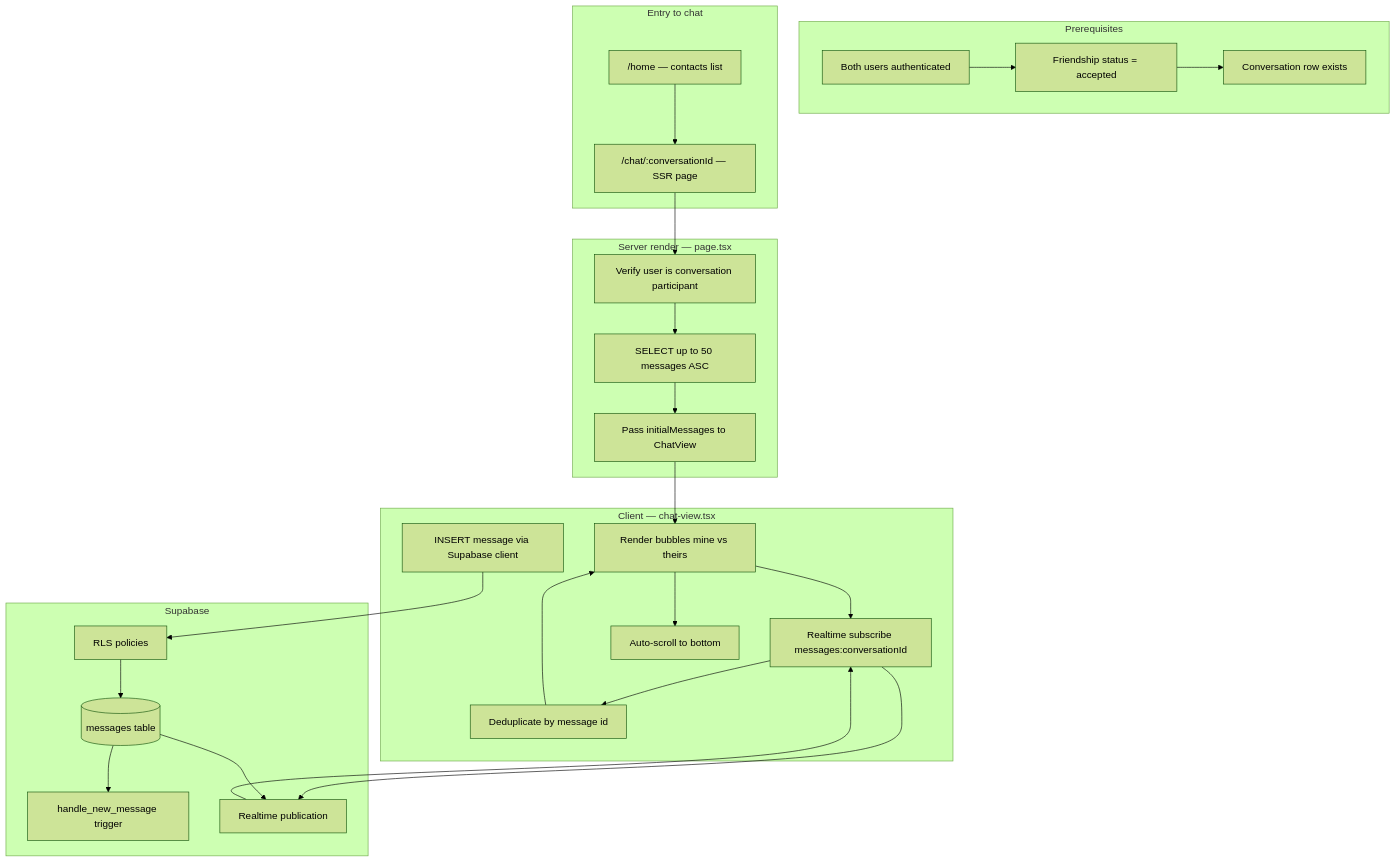
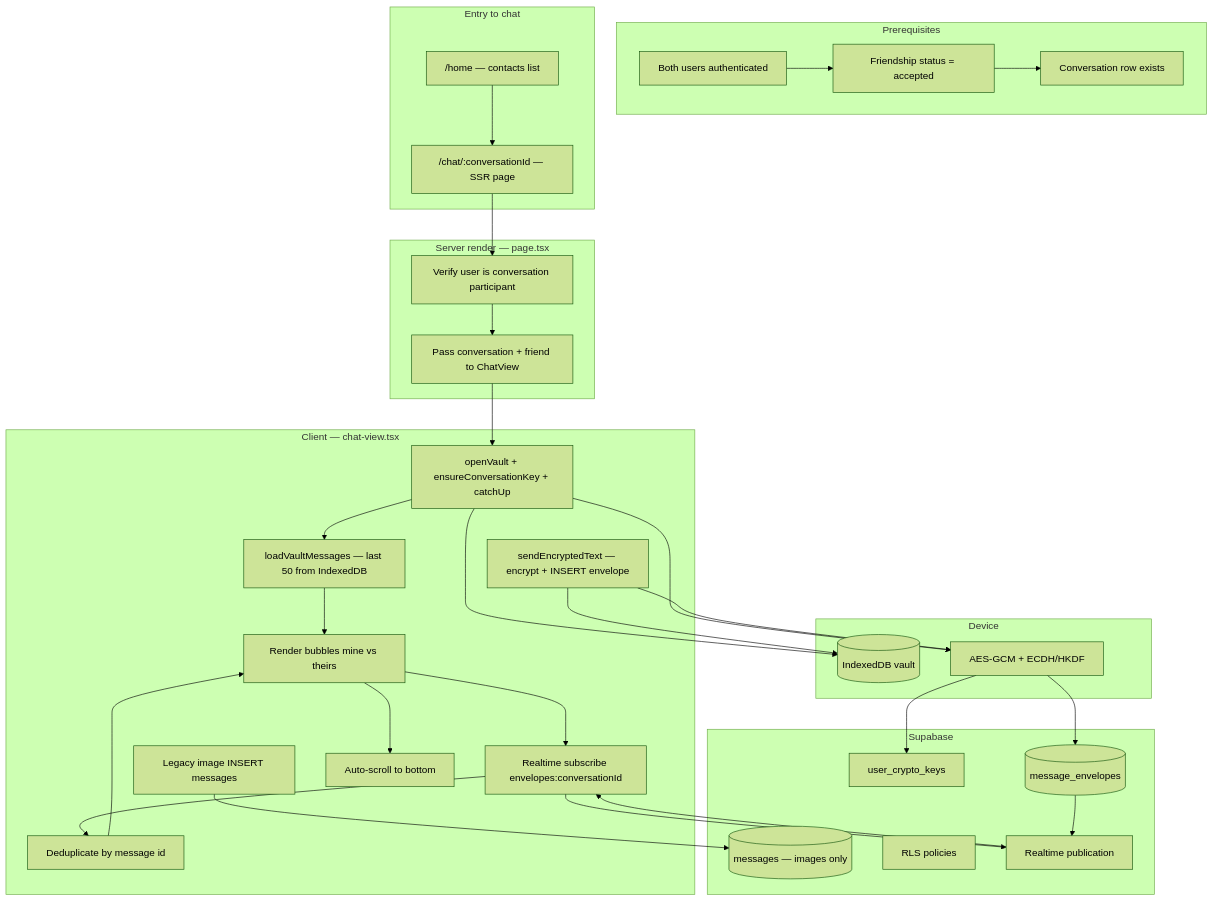
Before and after one commit to mustafafoisol/CallingApp: the first of 2 diagrams in architecture/feature-tests/chat/architecture.md, drawn with Mermaid (forest theme). The commit also changed other lines of this file and 3 other files, not shown here.

First line of the commit message:
docs(architecture): document E2EE send, receive, and realtime paths

````diff
--- a/architecture/feature-tests/chat/architecture.md
+++ b/architecture/feature-tests/chat/architecture.md
@@ -11,46 +13,58 @@
 ```mermaid
 flowchart TB
   subgraph prereq [Prerequisites]
     Auth[Both users authenticated]
     Friends[Friendship status = accepted]
     Convo[Conversation row exists]
   end
 
   subgraph entry [Entry to chat]
     Home["/home — contacts list"]
     ChatPage["/chat/:conversationId — SSR page"]
   end
 
   subgraph server [Server render — page.tsx]
     Verify[Verify user is conversation participant]
-    Load[SELECT up to 50 messages ASC]
-    Render[Pass initialMessages to ChatView]
+    Render[Pass conversation + friend to ChatView]
   end
 
   subgraph client [Client — chat-view.tsx]
-    Subscribe["Realtime subscribe messages:conversationId"]
+    VaultInit[openVault + ensureConversationKey + catchUp]
+    LoadVault[loadVaultMessages — last 50 from IndexedDB]
+    Subscribe["Realtime subscribe envelopes:conversationId"]
     Display[Render bubbles mine vs theirs]
-    Send[INSERT message via Supabase client]
+    SendText[sendEncryptedText — encrypt + INSERT envelope]
+    SendImg[Legacy image INSERT messages]
     Dedupe[Deduplicate by message id]
     Scroll[Auto-scroll to bottom]
   end
 
+  subgraph local [Device]
+    Vault[(IndexedDB vault)]
+    Crypto[AES-GCM + ECDH/HKDF]
+  end
+
   subgraph backend [Supabase]
-    PG[(messages table)]
+    Pubkeys[user_crypto_keys]
+    Envelopes[(message_envelopes)]
+    Messages[(messages — images only)]
     RLS[RLS policies]
-    Trigger[handle_new_message trigger]
     RT[Realtime publication]
   end
 
   Auth --> Friends --> Convo
   Home --> ChatPage
-  ChatPage --> Verify --> Load --> Render
-  Render --> Display
+  ChatPage --> Verify --> Render
+  Render --> VaultInit --> LoadVault --> Display
+  VaultInit --> Vault
+  VaultInit --> Crypto
+  Crypto --> Pubkeys
   Display --> Subscribe
   Subscribe --> RT
-  Send --> RLS --> PG
-  PG --> Trigger
-  PG --> RT
+  SendText --> Crypto --> Envelopes
+  SendText --> Vault
+  SendImg --> Messages
+  Envelopes --> RT
   RT --> Subscribe
   Subscribe --> Dedupe --> Display --> Scroll
 ```
````
